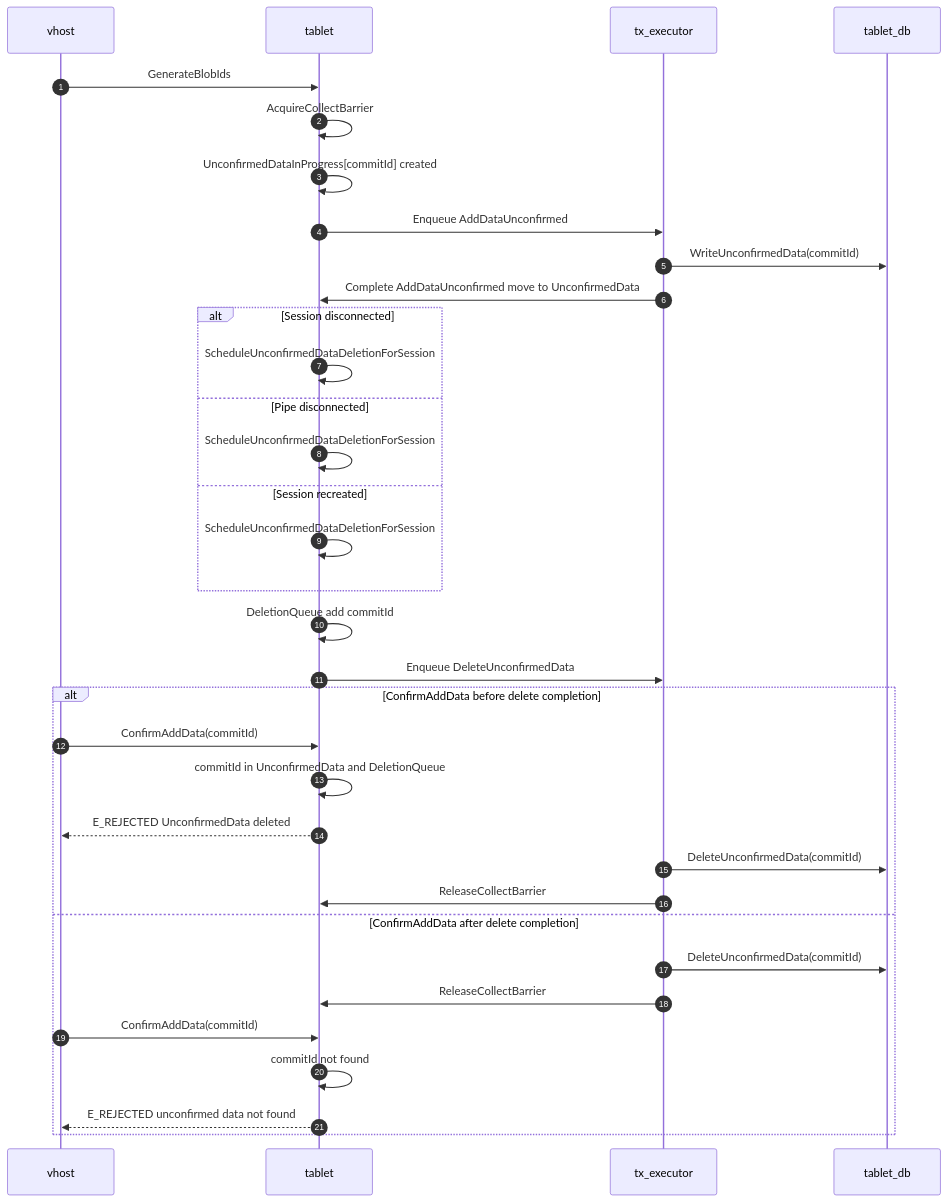
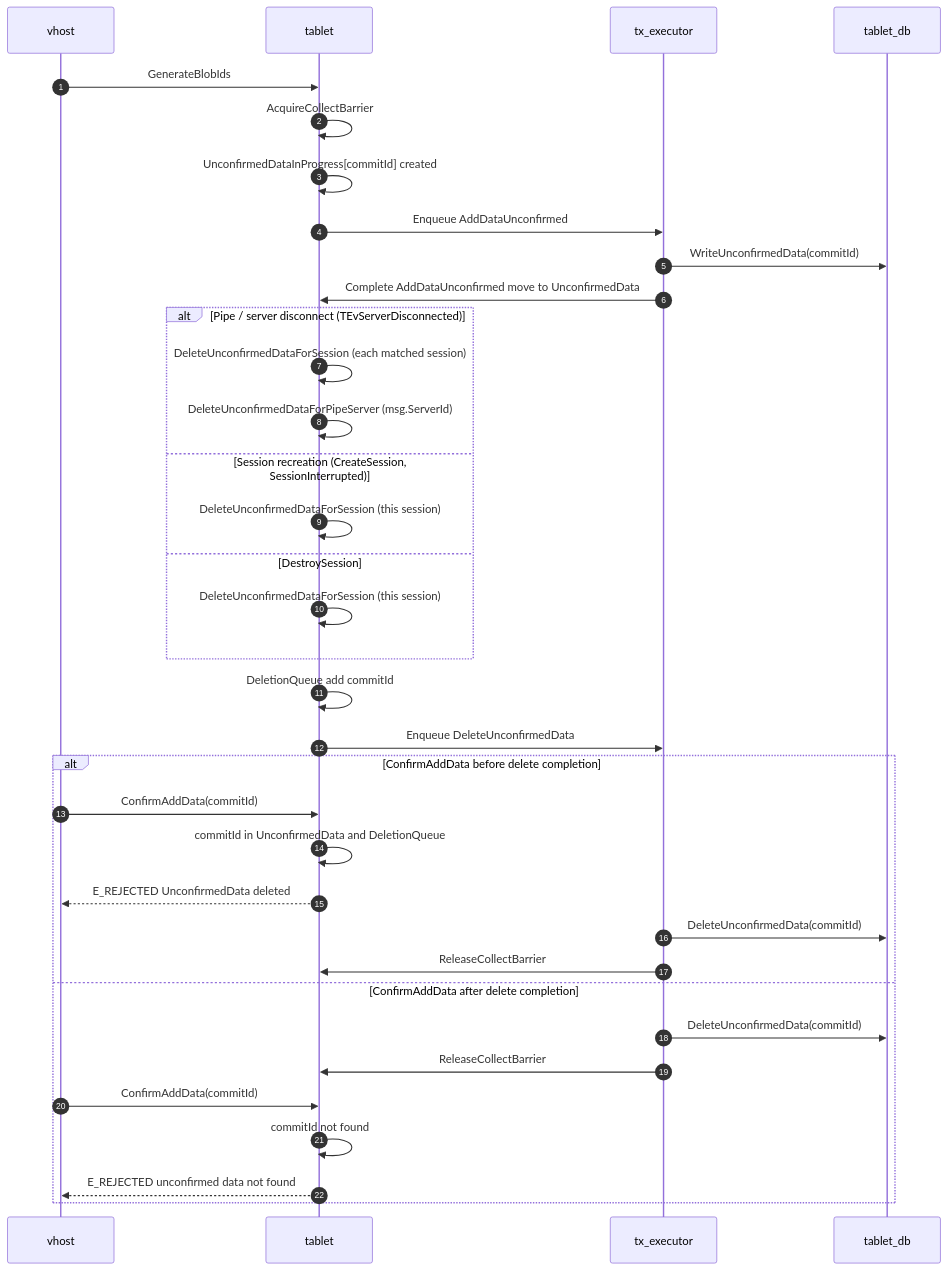
One commit to ydb-platform/nbs changed the eighth of 10 diagrams in doc/filestore/design/unconfirmed_three_stage_write.md. Above: the diagram before and after it, drawn with Mermaid. The commit also changed other lines of this file and 1 other file, not shown here.

Commit message:
[Filestore] add info to unconfirmed data doc

````diff
--- a/doc/filestore/design/unconfirmed_three_stage_write.md
+++ b/doc/filestore/design/unconfirmed_three_stage_write.md
@@ -332,40 +457,41 @@
 ```mermaid
 sequenceDiagram
     autonumber
     participant V as vhost
     participant T as tablet
     participant X as tx_executor
     participant DB as tablet_db
 
     V->>T: GenerateBlobIds
     T->>T: AcquireCollectBarrier
     T->>T: UnconfirmedDataInProgress[commitId] created
     T->>X: Enqueue AddDataUnconfirmed
     X->>DB: WriteUnconfirmedData(commitId)
     X->>T: Complete AddDataUnconfirmed move to UnconfirmedData
 
-    alt Session disconnected
-        T->>T: ScheduleUnconfirmedDataDeletionForSession
-    else Pipe disconnected
-        T->>T: ScheduleUnconfirmedDataDeletionForSession
-    else Session recreated
-        T->>T: ScheduleUnconfirmedDataDeletionForSession
+    alt Pipe / server disconnect (TEvServerDisconnected)
+        T->>T: DeleteUnconfirmedDataForSession (each matched session)
+        T->>T: DeleteUnconfirmedDataForPipeServer (msg.ServerId)
+    else Session recreation (CreateSession, SessionInterrupted)
+        T->>T: DeleteUnconfirmedDataForSession (this session)
+    else DestroySession
+        T->>T: DeleteUnconfirmedDataForSession (this session)
     end
 
     T->>T: DeletionQueue add commitId
     T->>X: Enqueue DeleteUnconfirmedData
 
     alt ConfirmAddData before delete completion
         V->>T: ConfirmAddData(commitId)
         T->>T: commitId in UnconfirmedData and DeletionQueue
         T-->>V: E_REJECTED UnconfirmedData deleted
         X->>DB: DeleteUnconfirmedData(commitId)
         X->>T: ReleaseCollectBarrier
     else ConfirmAddData after delete completion
         X->>DB: DeleteUnconfirmedData(commitId)
         X->>T: ReleaseCollectBarrier
         V->>T: ConfirmAddData(commitId)
         T->>T: commitId not found
         T-->>V: E_REJECTED unconfirmed data not found
     end
 ```
````
